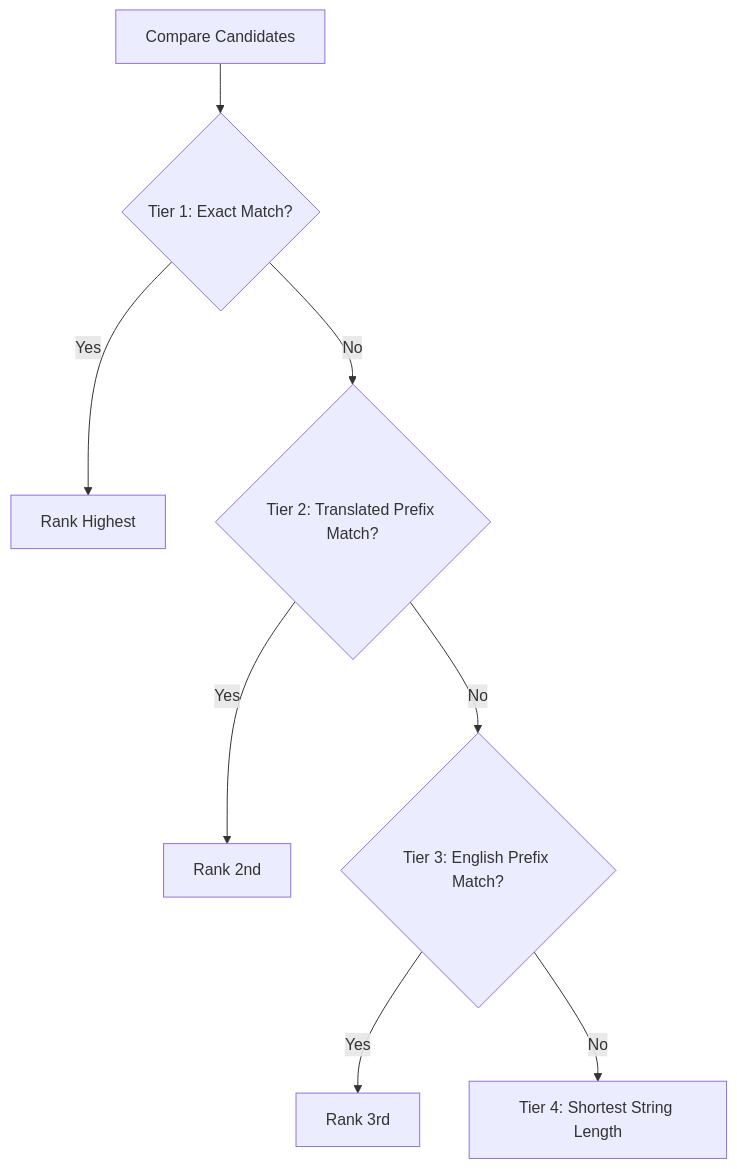
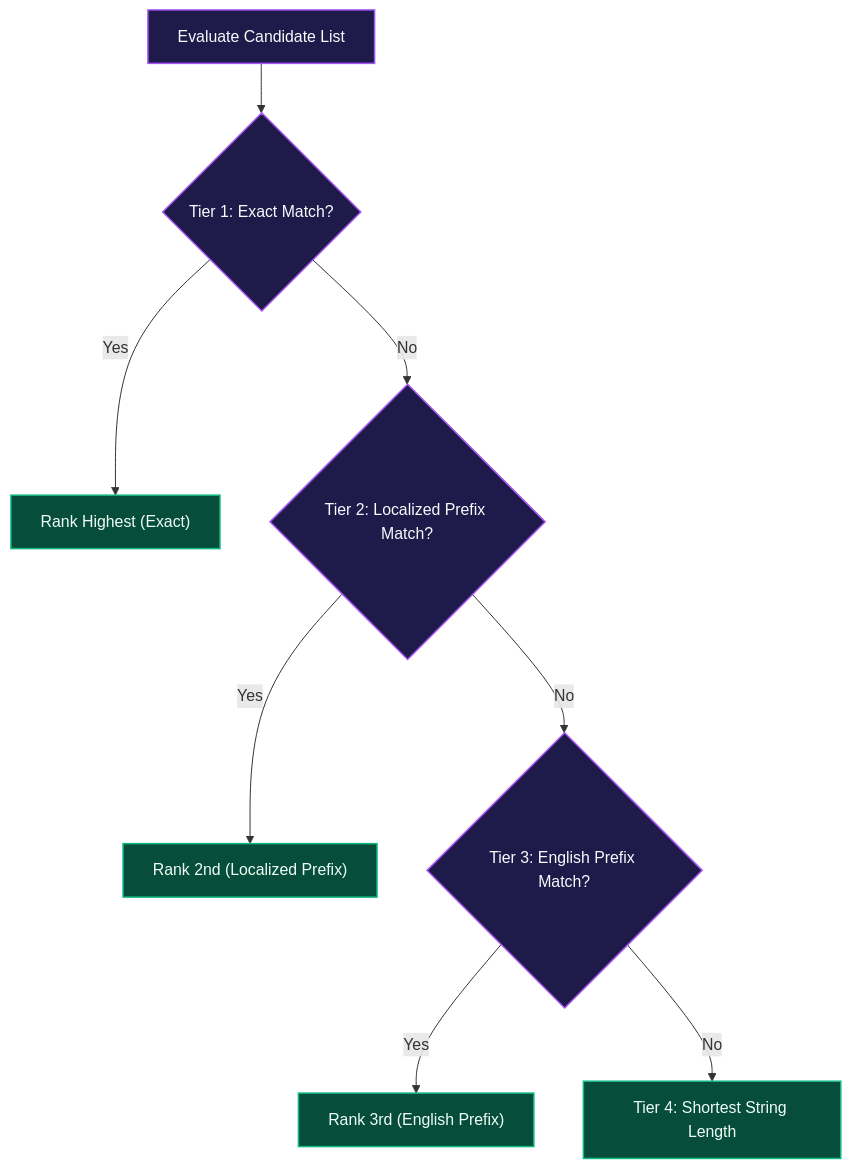
The second of 2 diagrams in docs/incremental-book-suggestions.md (ScriptureHabit/scripture-habit), drawn with Mermaid before and after one commit. The commit also changed other lines of this file and 57 other files, not shown here.

Commit message:
docs: refine documentation prose and add structured diagram breakdowns across JA and EN

````diff
--- a/docs/incremental-book-suggestions.md
+++ b/docs/incremental-book-suggestions.md
@@ -37,10 +40,13 @@
 ```mermaid
 graph TD
-    Start["Compare Candidates"] --> T1{"Tier 1: Exact Match?"}
-    T1 -- "Yes" --> R1["Rank Highest"]
-    T1 -- "No" --> T2{"Tier 2: Translated Prefix Match?"}
-    T2 -- "Yes" --> R2["Rank 2nd"]
-    T2 -- "No" --> T3{"Tier 3: English Prefix Match?"}
-    T3 -- "Yes" --> R3["Rank 3rd"]
-    T3 -- "No" --> T4["Tier 4: Shortest String Length"]
+    classDef tier fill:#1e1b4b,stroke:#a855f7,stroke-width:1.5px,color:#f8fafc;
+    classDef rank fill:#064e3b,stroke:#10b981,stroke-width:1.5px,color:#f0fdf4;
+
+    Start["Evaluate Candidate List"]:::tier --> T1{"Tier 1: Exact Match?"}:::tier
+    T1 -- "Yes" --> R1["Rank Highest (Exact)"]:::rank
+    T1 -- "No" --> T2{"Tier 2: Localized Prefix Match?"}:::tier
+    T2 -- "Yes" --> R2["Rank 2nd (Localized Prefix)"]:::rank
+    T2 -- "No" --> T3{"Tier 3: English Prefix Match?"}:::tier
+    T3 -- "Yes" --> R3["Rank 3rd (English Prefix)"]:::rank
+    T3 -- "No" --> T4["Tier 4: Shortest String Length"]:::rank
 ```
````
